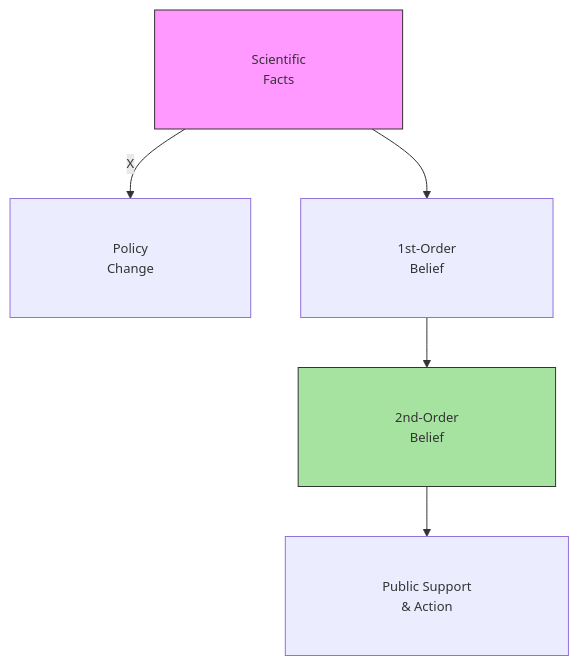
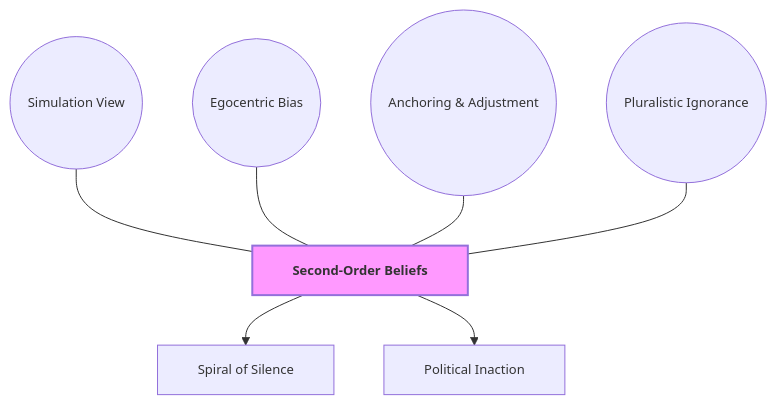
Before and after one commit to GM024/CourseSummaries: the second of 7 diagrams in Communication_Influence/Mastery_Guide_SOW_BS033.md, drawn with Mermaid. The commit also changed other lines of this file, not shown here.

Commit message:
Encyclopedia Edition: 300w abstracts, 500w How-to-remember, red-bold verbatim keywords, and APA Figures with detailed notes

````diff
--- a/Communication_Influence/Mastery_Guide_SOW_BS033.md
+++ b/Communication_Influence/Mastery_Guide_SOW_BS033.md
@@ -64,10 +77,15 @@
 ```mermaid
-%%{init: {'flowchart': {'padding': 40}, 'themeVariables': { 'fontSize': '13px' }}}%%
+%%{init: { 'flowchart': { 'padding': 15, 'nodeSpacing': 50, 'rankSpacing': 50, 'curve': 'basis' }, 'themeVariables': { 'fontSize': '13px' }}}%%
 graph TD
-    Knowledge["&nbsp;&nbsp;&nbsp;&nbsp; Scientific &nbsp;&nbsp;&nbsp;&nbsp;<br/>&nbsp;&nbsp;&nbsp;&nbsp; Facts &nbsp;&nbsp;&nbsp;&nbsp;"] -- X --> Action["&nbsp;&nbsp;&nbsp;&nbsp; Policy &nbsp;&nbsp;&nbsp;&nbsp;<br/>&nbsp;&nbsp;&nbsp;&nbsp; Change &nbsp;&nbsp;&nbsp;&nbsp;"]
-    Knowledge --> IndividualBelief["&nbsp;&nbsp;&nbsp;&nbsp; 1st-Order &nbsp;&nbsp;&nbsp;&nbsp;<br/>&nbsp;&nbsp;&nbsp;&nbsp; Belief &nbsp;&nbsp;&nbsp;&nbsp;"]
-    IndividualBelief --> SocialPerception["&nbsp;&nbsp;&nbsp;&nbsp; 2nd-Order &nbsp;&nbsp;&nbsp;&nbsp;<br/>&nbsp;&nbsp;&nbsp;&nbsp; Belief &nbsp;&nbsp;&nbsp;&nbsp;"]
-    SocialPerception --> CollectiveAction["&nbsp;&nbsp;&nbsp;&nbsp; Public Support &nbsp;&nbsp;&nbsp;&nbsp;<br/>&nbsp;&nbsp;&nbsp;&nbsp; & Action &nbsp;&nbsp;&nbsp;&nbsp;"]
-    style Knowledge fill:#f9f,stroke:#333
-    style SocialPerception fill:#a6e3a1,stroke:#333
+    Hub["&nbsp;&nbsp; Second-Order Beliefs &nbsp;&nbsp;"]:::hubNode
+    
+    S1(("&nbsp;&nbsp; Simulation View &nbsp;&nbsp;")) --- Hub
+    S2(("&nbsp;&nbsp; Egocentric Bias &nbsp;&nbsp;")) --- Hub
+    S3(("&nbsp;&nbsp; Anchoring & Adjustment &nbsp;&nbsp;")) --- Hub
+    S4(("&nbsp;&nbsp; Pluralistic Ignorance &nbsp;&nbsp;")) --- Hub
+    
+    Hub --> B1["&nbsp;&nbsp; Spiral of Silence &nbsp;&nbsp;"]
+    Hub --> B2["&nbsp;&nbsp; Political Inaction &nbsp;&nbsp;"]
+    
+    classDef hubNode font-weight:bold,stroke-width:2px,fill:#f9f;
 ```
````
